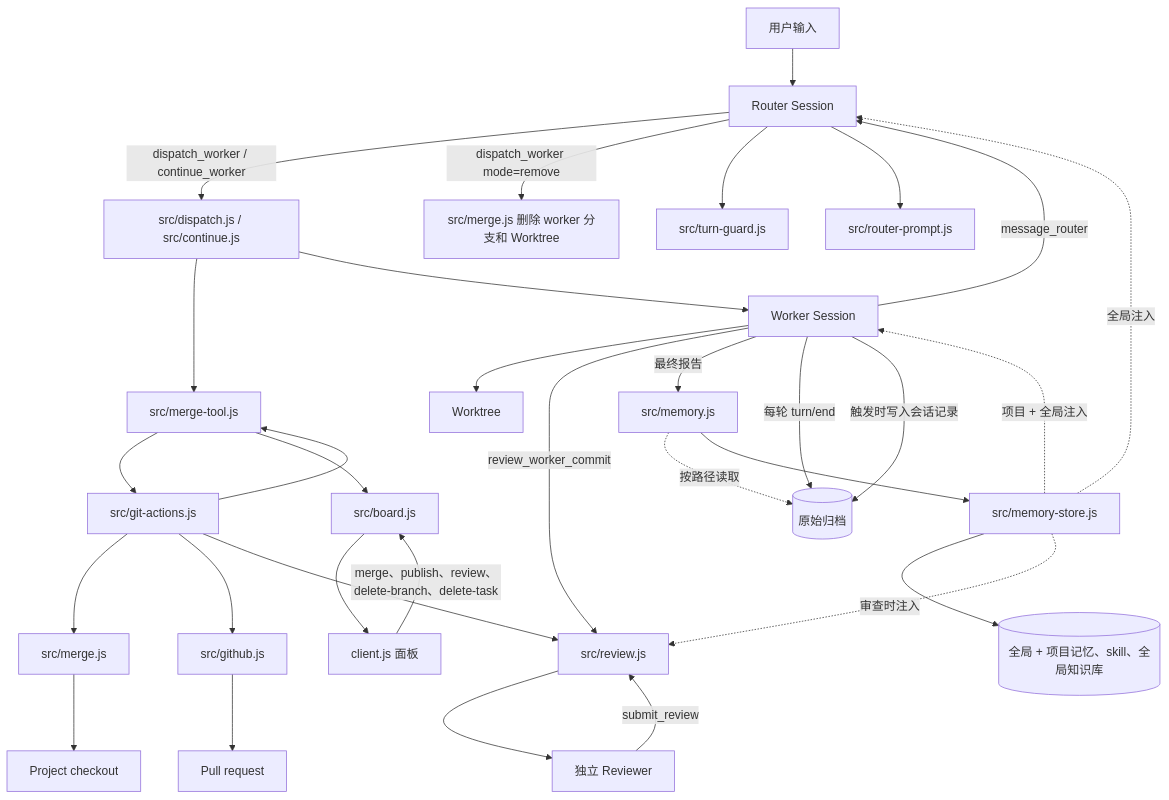
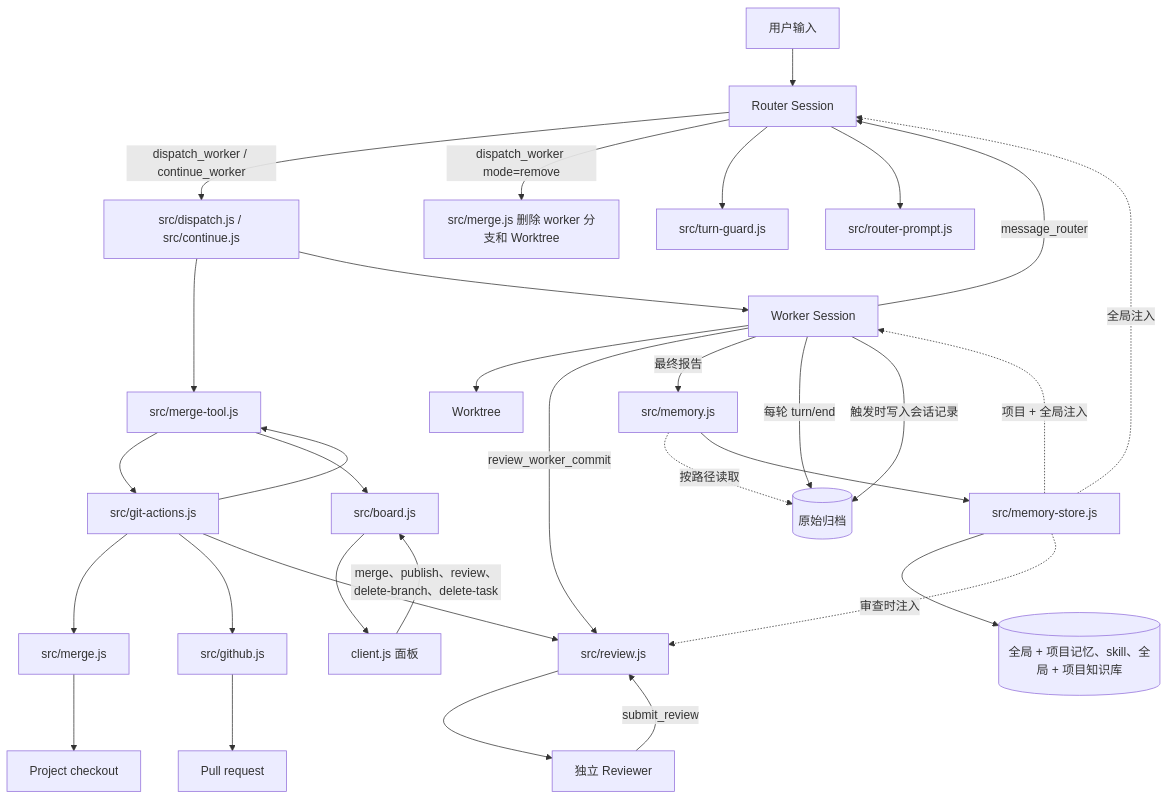
The diagram in docs/007-architecture.md (LMQ00/superagent-lite), drawn with Mermaid before and after one commit. The commit also changed other lines of this file and 20 other files, not shown here.

````diff
--- a/docs/007-architecture.md
+++ b/docs/007-architecture.md
@@ -9,34 +9,34 @@
 ```mermaid
 flowchart TB
   U[用户输入] --> R[Router Session]
   R -->|dispatch_worker / continue_worker| D[src/dispatch.js / src/continue.js]
   R -->|dispatch_worker mode=remove| X[src/merge.js 删除 worker 分支和 Worktree]
   D --> T[(Task 记录)]
   D --> W[Worker Session]
   W --> WT[Worktree]
   W -->|review_worker_commit| RV[src/review.js]
   RV --> HR[独立 Reviewer]
   HR -->|submit_review| RV
   W -->|message_router| R
   T --> G[src/git-actions.js]
   G --> M[src/merge.js]
   G --> T[src/merge-tool.js]
   G --> GH[src/github.js]
   G --> RV
   M --> P[Project checkout]
   GH --> PR[Pull request]
   T --> B[src/board.js]
   B --> C[client.js 面板]
   C -->|merge、publish、review、delete-branch、delete-task| B
   R --> TG[src/turn-guard.js]
   R --> RP[src/router-prompt.js]
   W -->|最终报告| ME[src/memory.js]
   W -->|每轮 turn/end| AR[(原始归档)]
   W -->|触发时写入会话记录| AR
   ME -.->|按路径读取| AR
   ME --> MS[src/memory-store.js]
-  MS --> MF[(全局 + 项目记忆、skill、全局知识库)]
+  MS --> MF[(全局 + 项目记忆、skill、全局 + 项目知识库)]
   MS -.->|项目 + 全局注入| W
   MS -.->|全局注入| R
   MS -.->|审查时注入| RV
 ```
````
